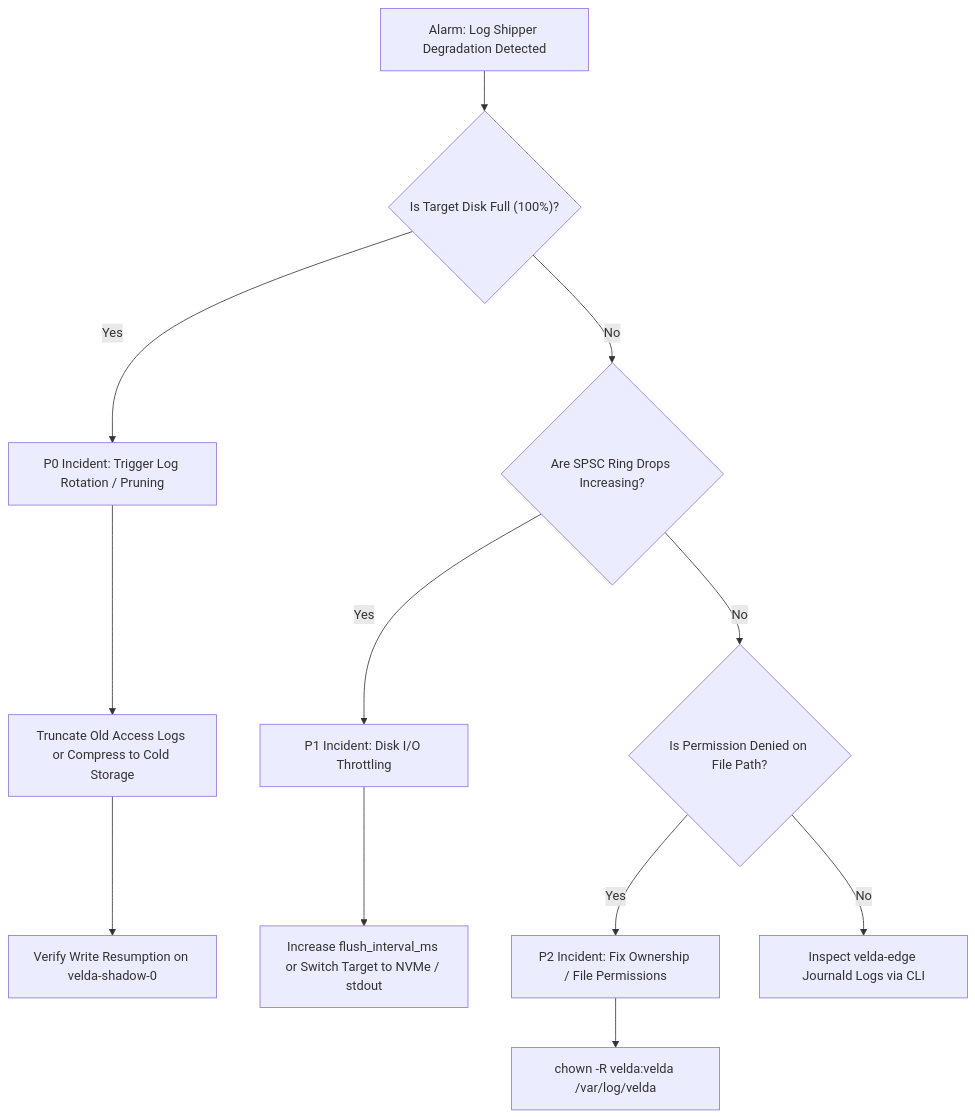
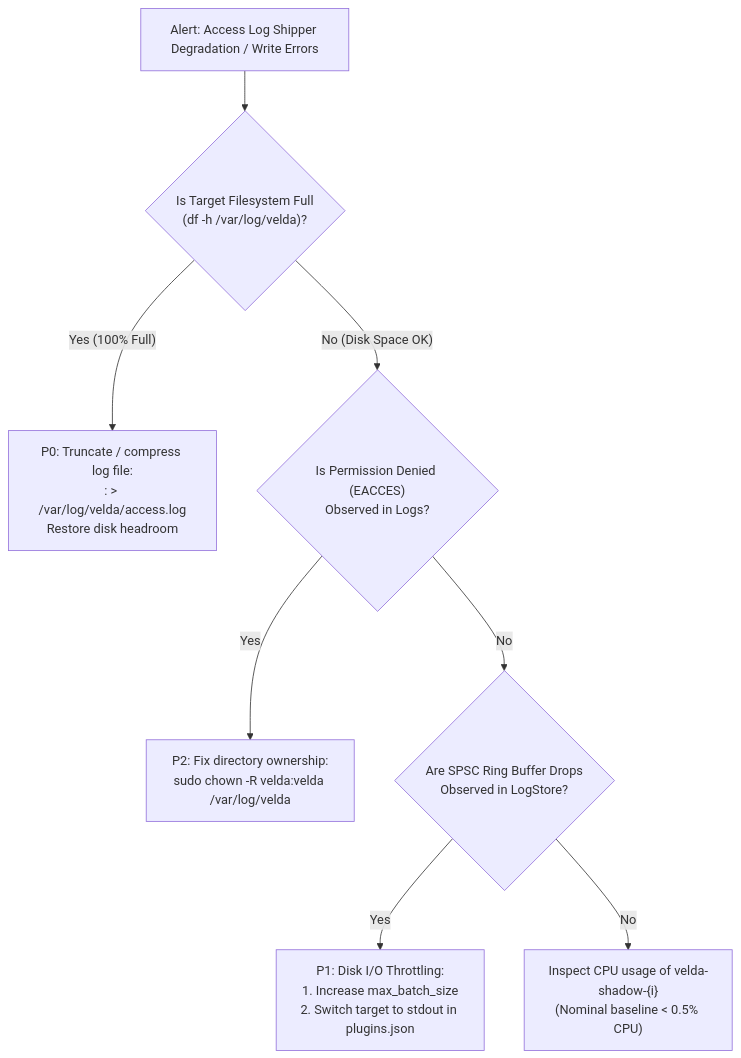
Before and after one commit to phucle996/velda-edge: the diagram in crates/velda-plugin/src/background/std_log_shipper/RUNBOOK.md, drawn with Mermaid. The commit also changed other lines of this file and 68 other files, not shown here.

````diff
--- a/crates/velda-plugin/src/background/std_log_shipper/RUNBOOK.md
+++ b/crates/velda-plugin/src/background/std_log_shipper/RUNBOOK.md
@@ -29,14 +68,13 @@
 ```mermaid
 flowchart TD
-    A["Alarm: Log Shipper Degradation Detected"] --> B{"Is Target Disk Full (100%)?"}
-    B -- Yes --> C["P0 Incident: Trigger Log Rotation / Pruning"]
-    C --> D["Truncate Old Access Logs or Compress to Cold Storage"]
-    D --> E["Verify Write Resumption on velda-shadow-0"]
-    B -- No --> F{"Are SPSC Ring Drops Increasing?"}
-    F -- Yes --> G["P1 Incident: Disk I/O Throttling"]
-    G --> H["Increase flush_interval_ms or Switch Target to NVMe / stdout"]
-    F -- No --> I{"Is Permission Denied on File Path?"}
-    I -- Yes --> J["P2 Incident: Fix Ownership / File Permissions"]
-    J --> K["chown -R velda:velda /var/log/velda"]
-    I -- No --> L["Inspect velda-edge Journald Logs via CLI"]
+    ALERT["Alert: Access Log Shipper Degradation / Write Errors"] --> CHK_DISK{"Is Target Filesystem Full\n(df -h /var/log/velda)?"}
+
+    CHK_DISK -->|"Yes (100% Full)"| ACT_P0["P0: Truncate / compress log file:\n: > /var/log/velda/access.log\nRestore disk headroom"]
+    CHK_DISK -->|"No (Disk Space OK)"| CHK_PERM{"Is Permission Denied (EACCES)\nObserved in Logs?"}
+
+    CHK_PERM -->|"Yes"| FIX_PERM["P2: Fix directory ownership:\nsudo chown -R velda:velda /var/log/velda"]
+    CHK_PERM -->|"No"| CHK_DROPS{"Are SPSC Ring Buffer Drops\nObserved in LogStore?"}
+
+    CHK_DROPS -->|"Yes"| ACT_P1["P1: Disk I/O Throttling:\n1. Increase max_batch_size\n2. Switch target to stdout in plugins.json"]
+    CHK_DROPS -->|"No"| CHK_THREAD["Inspect CPU usage of velda-shadow-{i}\n(Nominal baseline < 0.5% CPU)"]
 ```
````
